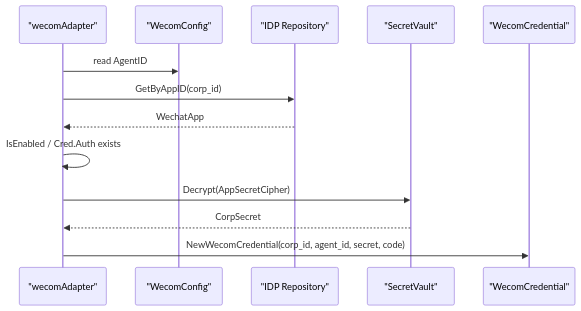
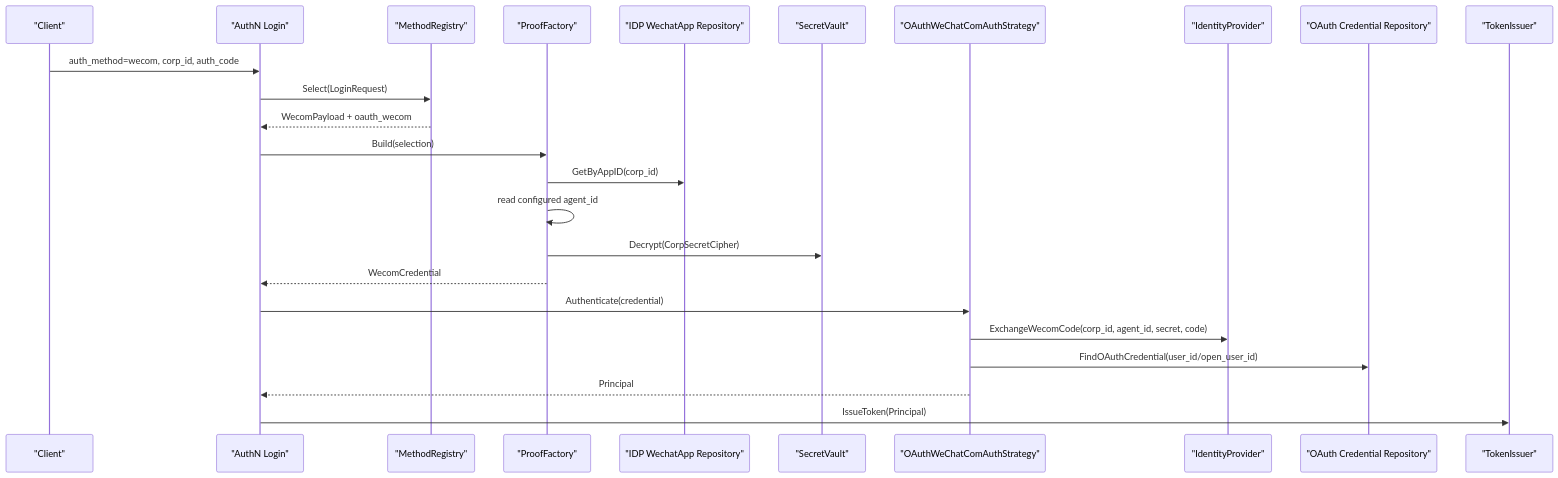
The fifth of 5 diagrams in docs/02-认证AuthN/04-第三方登录与IDP协作.md (FangcunMount/iam), drawn with Mermaid before and after one commit. The commit also changed other lines of this file and 5 other files, not shown here.

````diff
--- a/docs/02-认证AuthN/04-第三方登录与IDP协作.md
+++ b/docs/02-认证AuthN/04-第三方登录与IDP协作.md
@@ -773,16 +398,27 @@
 ```mermaid
 sequenceDiagram
-    participant Adapter as "wecomAdapter"
-    participant Config as "WecomConfig"
-    participant Repo as "IDP Repository"
+    participant C as "Client"
+    participant Login as "AuthN Login"
+    participant Registry as "MethodRegistry"
+    participant Proof as "ProofFactory"
+    participant Repo as "IDP WechatApp Repository"
     participant Vault as "SecretVault"
-    participant Proof as "WecomCredential"
+    participant Strategy as "OAuthWeChatComAuthStrategy"
+    participant IDP as "IdentityProvider"
+    participant CredRepo as "OAuth Credential Repository"
+    participant Issuer as "TokenIssuer"
 
-    Adapter->>Config: read AgentID
-    Adapter->>Repo: GetByAppID(corp_id)
-    Repo-->>Adapter: WechatApp
-    Adapter->>Adapter: IsEnabled / Cred.Auth exists
-    Adapter->>Vault: Decrypt(AppSecretCipher)
-    Vault-->>Adapter: CorpSecret
-    Adapter->>Proof: NewWecomCredential(corp_id, agent_id, secret, code)
+    C->>Login: auth_method=wecom, corp_id, auth_code
+    Login->>Registry: Select(LoginRequest)
+    Registry-->>Login: WecomPayload + oauth_wecom
+    Login->>Proof: Build(selection)
+    Proof->>Repo: GetByAppID(corp_id)
+    Proof->>Proof: read configured agent_id
+    Proof->>Vault: Decrypt(CorpSecretCipher)
+    Proof-->>Login: WecomCredential
+    Login->>Strategy: Authenticate(credential)
+    Strategy->>IDP: ExchangeWecomCode(corp_id, agent_id, secret, code)
+    Strategy->>CredRepo: FindOAuthCredential(user_id/open_user_id)
+    Strategy-->>Login: Principal
+    Login->>Issuer: IssueToken(Principal)
 ```
````
